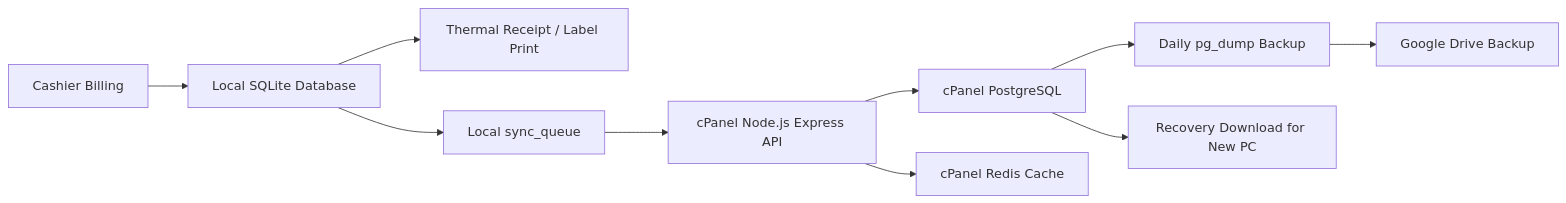
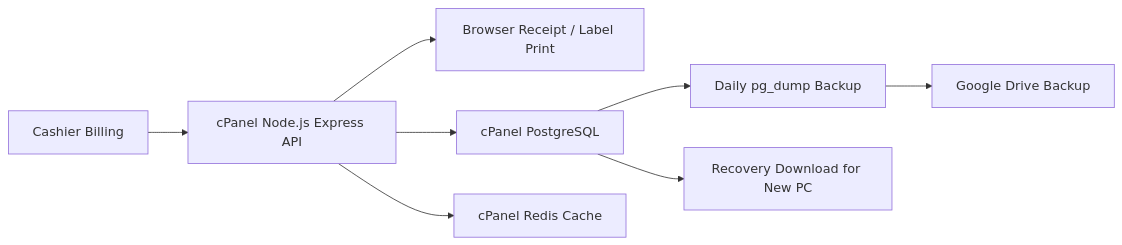
The diagram in deploy/cpanel/README.md (GaganAngadi/mm-supermart), drawn with Mermaid before and after one commit. The commit also changed other lines of this file and 26 other files, not shown here.

````diff
--- a/deploy/cpanel/README.md
+++ b/deploy/cpanel/README.md
@@ -12,12 +11,10 @@
 ```mermaid
 flowchart LR
-  Cashier["Cashier Billing"] --> SQLite["Local SQLite Database"]
-  SQLite --> Receipt["Thermal Receipt / Label Print"]
-  SQLite --> Queue["Local sync_queue"]
-  Queue --> API["cPanel Node.js Express API"]
+  Cashier["Cashier Billing"] --> API["cPanel Node.js Express API"]
+  API --> Receipt["Browser Receipt / Label Print"]
   API --> PG["cPanel PostgreSQL"]
   API --> Redis["cPanel Redis Cache"]
   PG --> Backup["Daily pg_dump Backup"]
   Backup --> Drive["Google Drive Backup"]
   PG --> Recovery["Recovery Download for New PC"]
 ```
````
